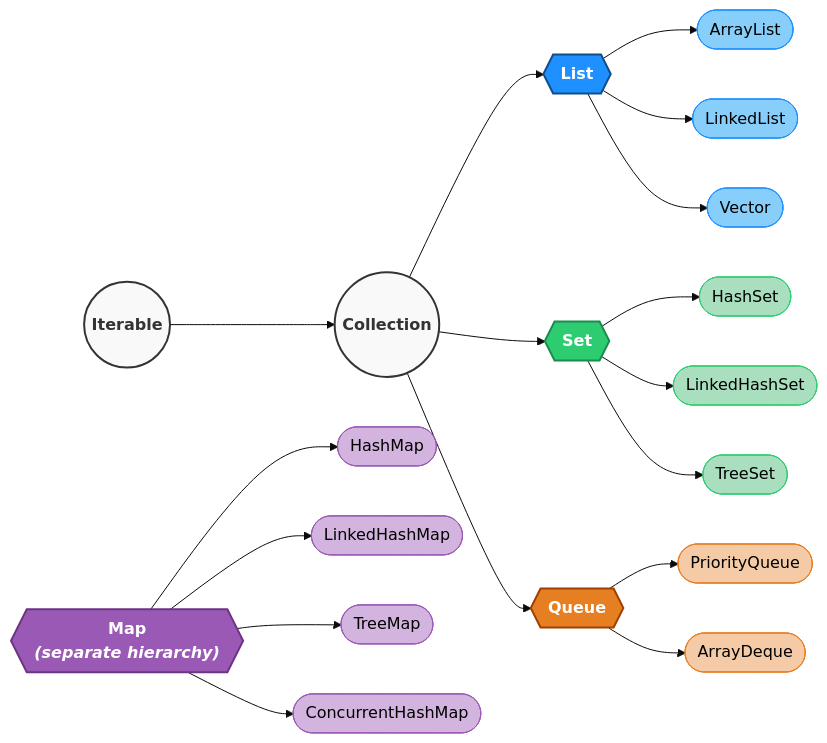
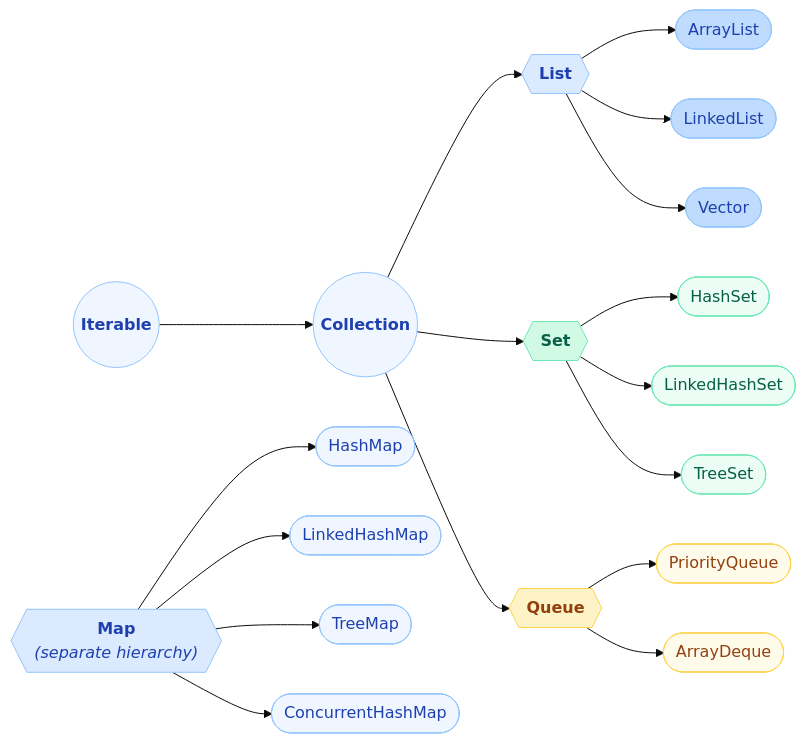
The first of 2 diagrams in docs/java/Collections.md (saivamsikaruturi/vamsilabs-dev-notes-main), drawn with Mermaid (base theme) before and after one commit. The commit also changed other lines of this file and 220 other files, not shown here.

First line of the commit message:
Add 50+ new Java/Spring Boot pages, rewrite CSS code blocks to Oracle style, fix all diagram colors

````diff
--- a/docs/java/Collections.md
+++ b/docs/java/Collections.md
@@ -9,41 +9,49 @@
 ```mermaid
 flowchart LR
     %% Root
-    Iterable(("<b>Iterable</b>")):::root --> Collection(("<b>Collection</b>")):::root
+    Iterable(("<b>Iterable</b>")) --> Collection(("<b>Collection</b>"))
 
     %% Branches from Collection
-    Collection --> List{{"<b>List</b>"}}:::listStyle
-    Collection --> Set{{"<b>Set</b>"}}:::setStyle
-    Collection --> Queue{{"<b>Queue</b>"}}:::queueStyle
+    Collection --> List{{"<b>List</b>"}}
+    Collection --> Set{{"<b>Set</b>"}}
+    Collection --> Queue{{"<b>Queue</b>"}}
 
     %% List implementations
-    List --> ArrayList(["ArrayList"]):::listImpl
-    List --> LinkedList(["LinkedList"]):::listImpl
-    List --> Vector(["Vector"]):::listImpl
+    List --> ArrayList(["ArrayList"])
+    List --> LinkedList(["LinkedList"])
+    List --> Vector(["Vector"])
 
     %% Set implementations
-    Set --> HashSet(["HashSet"]):::setImpl
-    Set --> LinkedHashSet(["LinkedHashSet"]):::setImpl
-    Set --> TreeSet(["TreeSet"]):::setImpl
+    Set --> HashSet(["HashSet"])
+    Set --> LinkedHashSet(["LinkedHashSet"])
+    Set --> TreeSet(["TreeSet"])
 
     %% Queue implementations
-    Queue --> PriorityQueue(["PriorityQueue"]):::queueImpl
-    Queue --> ArrayDeque(["ArrayDeque"]):::queueImpl
+    Queue --> PriorityQueue(["PriorityQueue"])
+    Queue --> ArrayDeque(["ArrayDeque"])
 
     %% Map hierarchy (separate)
-    MapRoot{{"<b>Map</b><br/><i>(separate hierarchy)</i>"}}:::mapStyle --> HashMap(["HashMap"]):::mapImpl
-    MapRoot --> LinkedHashMap(["LinkedHashMap"]):::mapImpl
-    MapRoot --> TreeMap(["TreeMap"]):::mapImpl
-    MapRoot --> ConcurrentHashMap(["ConcurrentHashMap"]):::mapImpl
+    MapRoot{{"<b>Map</b><br/><i>(separate hierarchy)</i>"}} --> HashMap(["HashMap"])
+    MapRoot --> LinkedHashMap(["LinkedHashMap"])
+    MapRoot --> TreeMap(["TreeMap"])
+    MapRoot --> ConcurrentHashMap(["ConcurrentHashMap"])
 
-    %% Styles
-    classDef root fill:#f9f9f9,stroke:#333,stroke-width:2px,color:#333
-    classDef listStyle fill:#1e90ff,stroke:#104e8b,stroke-width:2px,color:#fff,font-weight:bold
-    classDef listImpl fill:#87cefa,stroke:#1e90ff,stroke-width:1px,color:#000
-    classDef setStyle fill:#2ecc71,stroke:#1a8c4e,stroke-width:2px,color:#fff,font-weight:bold
-    classDef setImpl fill:#a9dfbf,stroke:#2ecc71,stroke-width:1px,color:#000
-    classDef queueStyle fill:#e67e22,stroke:#a04000,stroke-width:2px,color:#fff,font-weight:bold
-    classDef queueImpl fill:#f5cba7,stroke:#e67e22,stroke-width:1px,color:#000
-    classDef mapStyle fill:#9b59b6,stroke:#6c3483,stroke-width:2px,color:#fff,font-weight:bold
-    classDef mapImpl fill:#d2b4de,stroke:#9b59b6,stroke-width:1px,color:#000
+    style Iterable fill:#EFF6FF,stroke:#93C5FD,color:#1E40AF
+    style Collection fill:#EFF6FF,stroke:#93C5FD,color:#1E40AF
+    style List fill:#DBEAFE,stroke:#93C5FD,color:#1E40AF
+    style Set fill:#D1FAE5,stroke:#6EE7B7,color:#065F46
+    style Queue fill:#FEF3C7,stroke:#FCD34D,color:#92400E
+    style ArrayList fill:#BFDBFE,stroke:#93C5FD,color:#1E40AF
+    style LinkedList fill:#BFDBFE,stroke:#93C5FD,color:#1E40AF
+    style Vector fill:#BFDBFE,stroke:#93C5FD,color:#1E40AF
+    style HashSet fill:#ECFDF5,stroke:#6EE7B7,color:#065F46
+    style LinkedHashSet fill:#ECFDF5,stroke:#6EE7B7,color:#065F46
+    style TreeSet fill:#ECFDF5,stroke:#6EE7B7,color:#065F46
+    style PriorityQueue fill:#FFFBEB,stroke:#FCD34D,color:#92400E
+    style ArrayDeque fill:#FFFBEB,stroke:#FCD34D,color:#92400E
+    style MapRoot fill:#DBEAFE,stroke:#93C5FD,color:#1E40AF
+    style HashMap fill:#EFF6FF,stroke:#93C5FD,color:#1E40AF
+    style LinkedHashMap fill:#EFF6FF,stroke:#93C5FD,color:#1E40AF
+    style TreeMap fill:#EFF6FF,stroke:#93C5FD,color:#1E40AF
+    style ConcurrentHashMap fill:#EFF6FF,stroke:#93C5FD,color:#1E40AF
 ```
````
